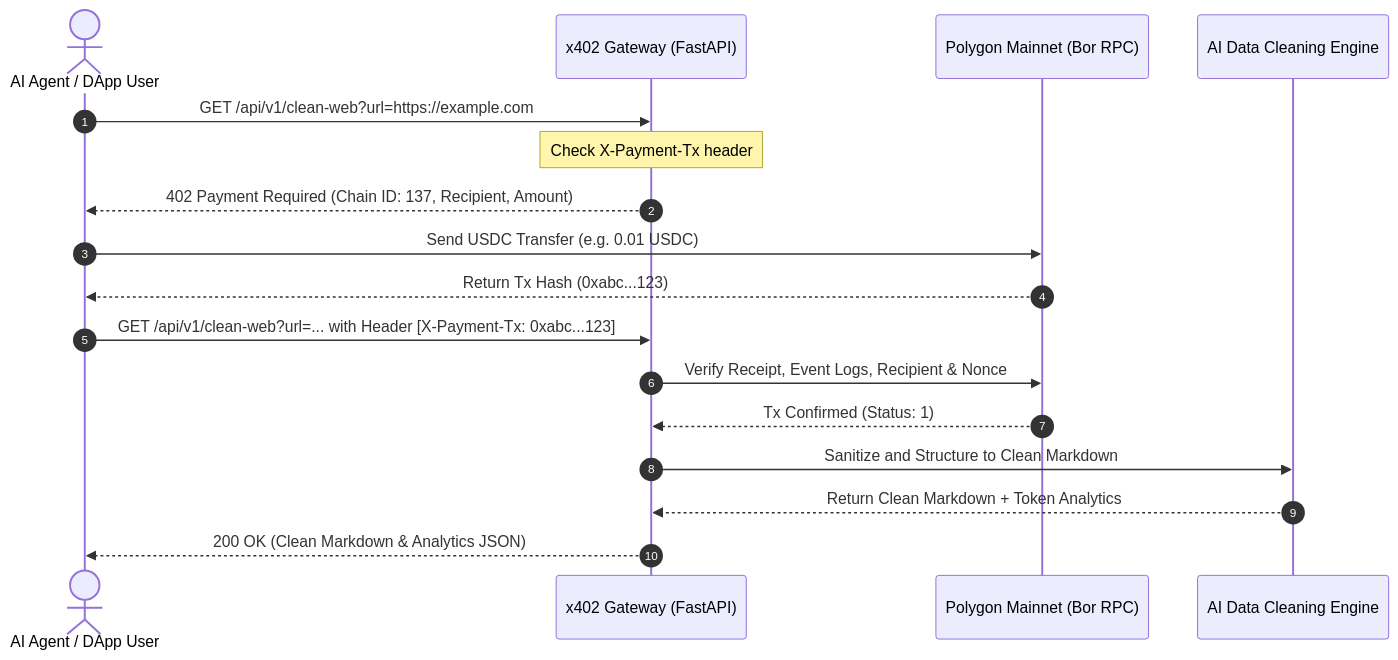
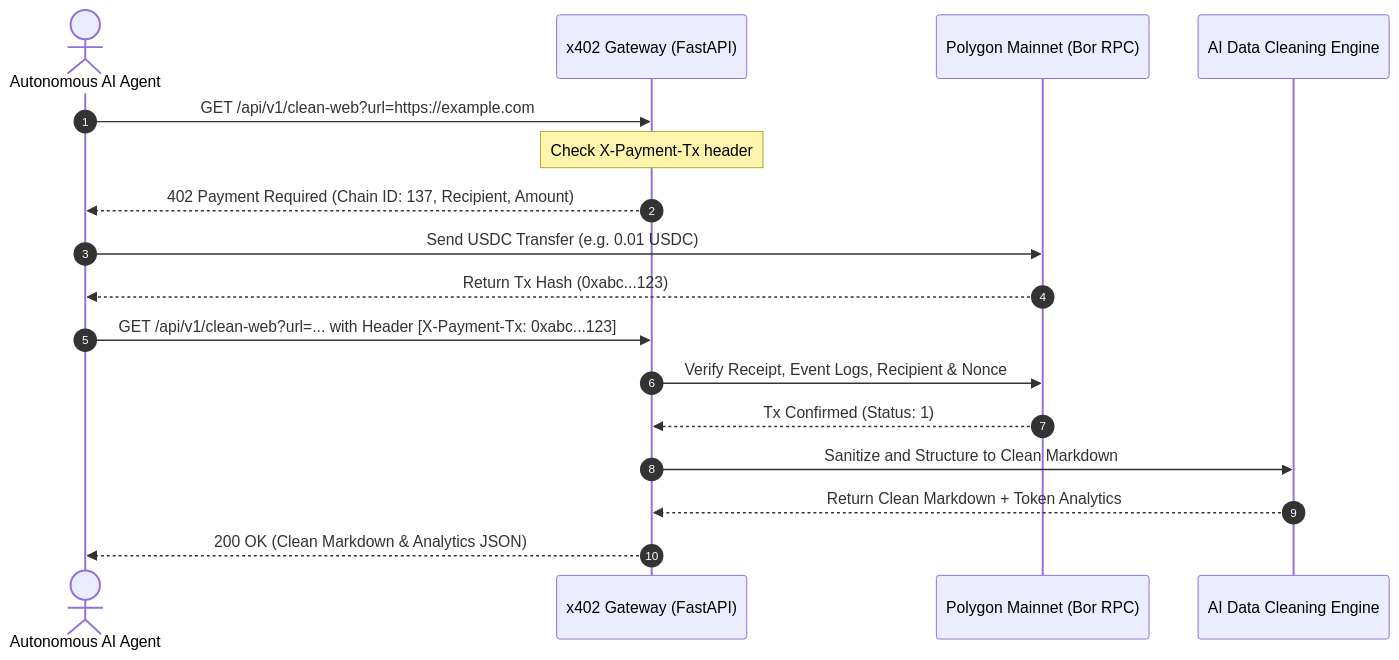
The diagram in README.md (nohosa001-pixel/x402-cleanweb-agent), drawn with Mermaid before and after one commit. The commit also changed other lines of this file and 2 other files, not shown here.

Commit message:
feat: Add Zero-Human Autonomous AI Agent Python SDK and promotional materials

````diff
--- a/README.md
+++ b/README.md
@@ -53,23 +72,23 @@
 ```mermaid
 sequenceDiagram
     autonumber
-    actor Agent as AI Agent / DApp User
+    actor Agent as Autonomous AI Agent
     participant Server as x402 Gateway (FastAPI)
     participant Polygon as Polygon Mainnet (Bor RPC)
     participant Scraper as AI Data Cleaning Engine
 
     Agent->>Server: GET /api/v1/clean-web?url=https://example.com
     Note over Server: Check X-Payment-Tx header
     Server-->>Agent: 402 Payment Required (Chain ID: 137, Recipient, Amount)
     
     Agent->>Polygon: Send USDC Transfer (e.g. 0.01 USDC)
     Polygon-->>Agent: Return Tx Hash (0xabc...123)
     
     Agent->>Server: GET /api/v1/clean-web?url=... with Header [X-Payment-Tx: 0xabc...123]
     Server->>Polygon: Verify Receipt, Event Logs, Recipient & Nonce
     Polygon-->>Server: Tx Confirmed (Status: 1)
     
     Server->>Scraper: Sanitize and Structure to Clean Markdown
     Scraper-->>Server: Return Clean Markdown + Token Analytics
     Server-->>Agent: 200 OK (Clean Markdown & Analytics JSON)
 ```
````
